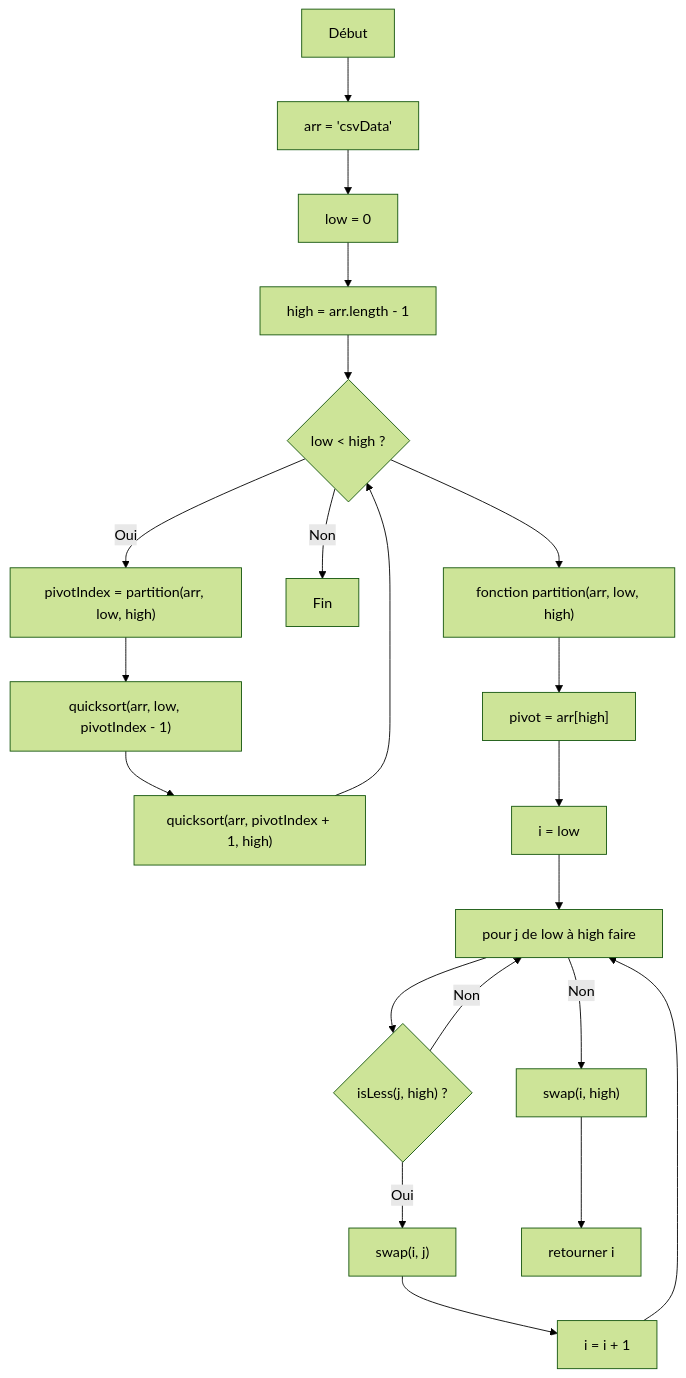
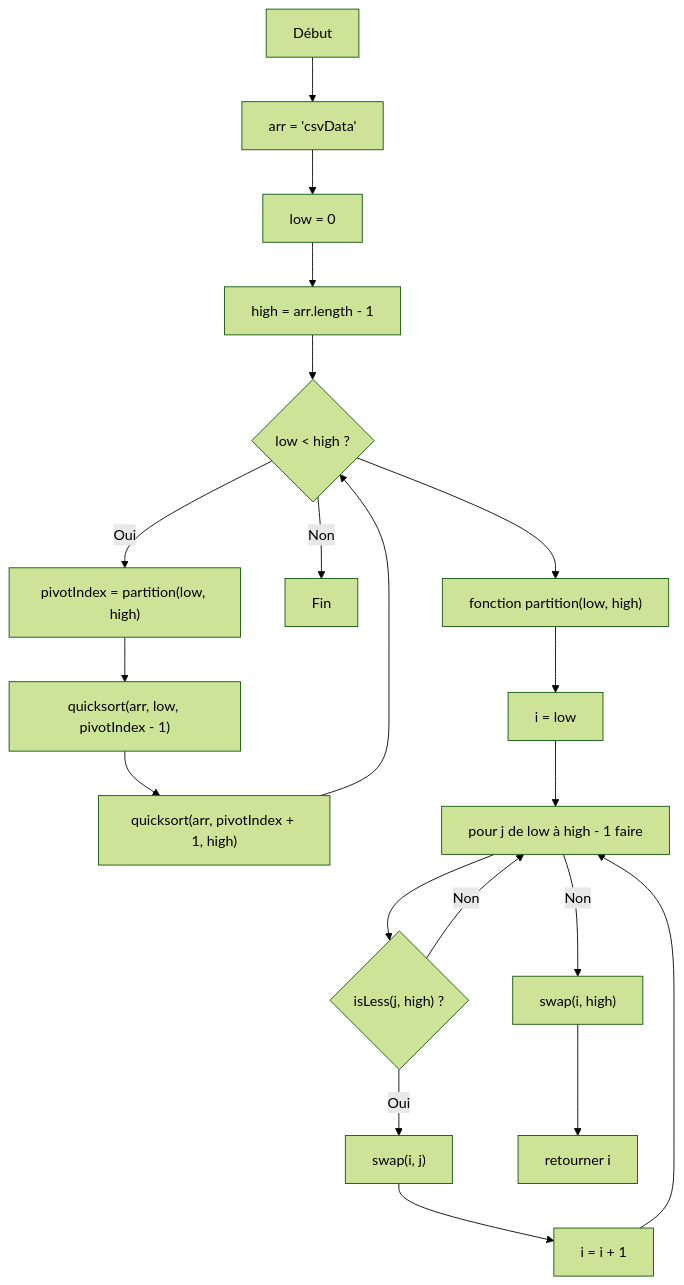
Before and after one commit to FlorentSCampus/city_sorting: the seventh of 8 diagrams in doc/diagram.md, drawn with Mermaid (forest theme). The commit also changed other lines of this file, not shown here.

Commit message:
DOC: modify pseudo code and graph for quicksort function and added pseudo code and graph for quick3sort functions

````diff
--- a/doc/diagram.md
+++ b/doc/diagram.md
@@ -306,23 +305,22 @@
 ```mermaid
 graph TD
     A["Début"] --> B["arr = 'csvData'"]
     B --> C["low = 0"]
     C --> D["high = arr.length - 1"]
     D --> E{"low < high ?"}
-    E -- Oui --> F["pivotIndex = partition(arr, low, high)"]
+    E -- Oui --> F["pivotIndex = partition(low, high)"]
     F --> G["quicksort(arr, low, pivotIndex - 1)"]
     G --> H["quicksort(arr, pivotIndex + 1, high)"]
     H --> E
     E -- Non --> I["Fin"]
-    E --> J["fonction partition(arr, low, high)"]
-    J --> K["pivot = arr[high]"]
-    K --> L["i = low"]
-    L --> M["pour j de low à high faire"]
-    M --> N{"isLess(j, high) ?"}
-    N -- Oui --> O["swap(i, j)"]
-    O --> P["i = i + 1"]
-    P --> M
-    N -- Non --> M
-    M -- Non --> Q["swap(i, high)"]
-    Q --> R["retourner i"]
+    E --> J["fonction partition(low, high)"]
+    J --> K["i = low"]
+    K --> L["pour j de low à high - 1 faire"]
+    L --> M{"isLess(j, high) ?"}
+    M -- Oui --> N["swap(i, j)"]
+    N --> O["i = i + 1"]
+    O --> L
+    M -- Non --> L
+    L -- Non --> P["swap(i, high)"]
+    P --> Q["retourner i"]
 ```
````
